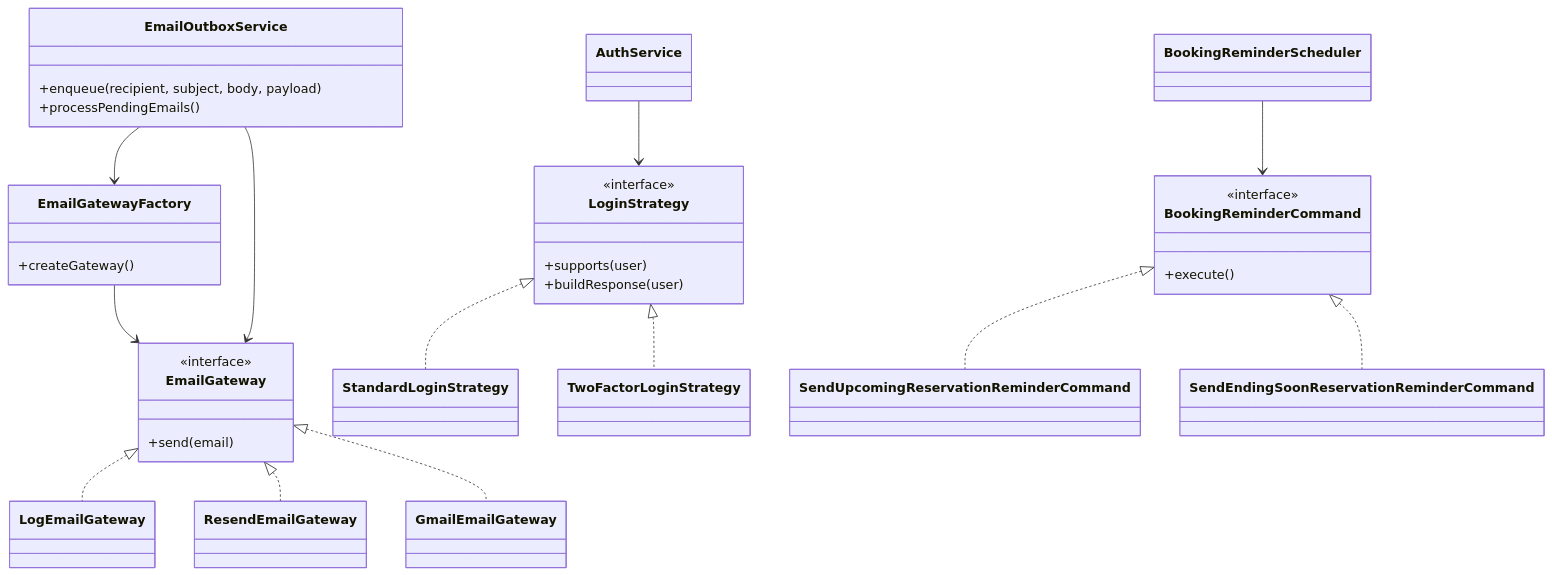
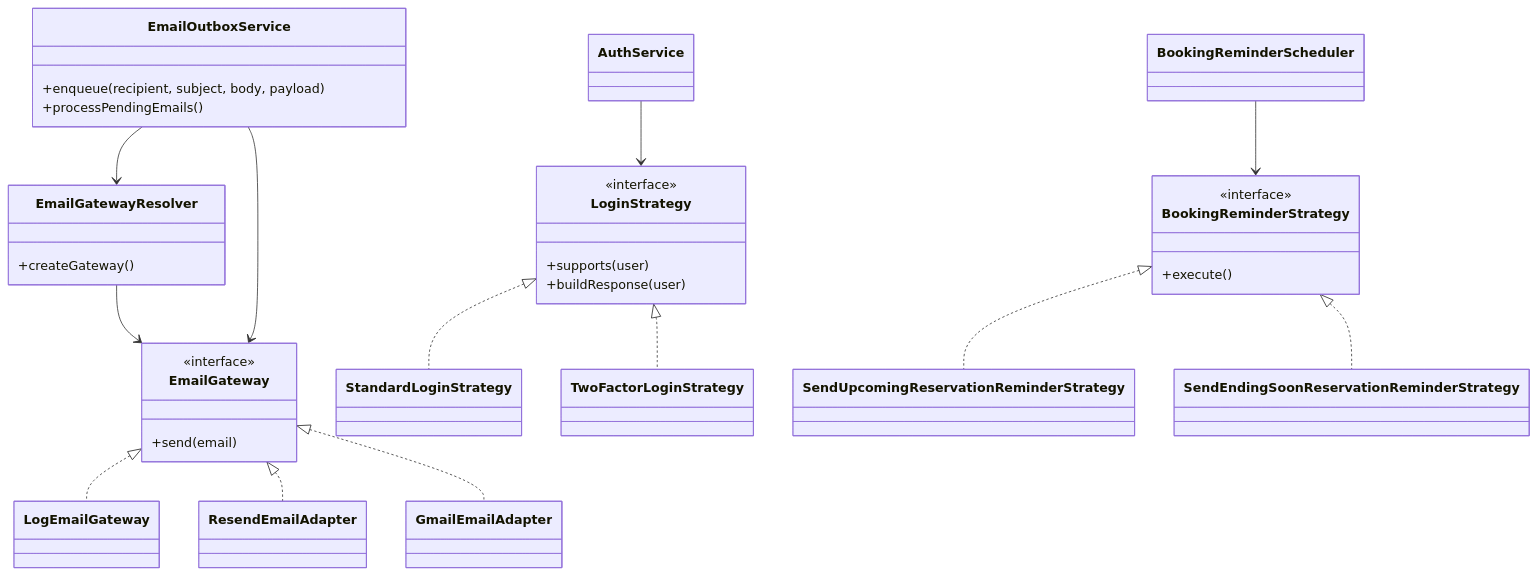
The seventh of 16 diagrams in docs/trabajo/arquitectura-diseno-software.md (DasBrot0/Luistudio), drawn with Mermaid before and after one commit. The commit also changed other lines of this file and 46 other files, not shown here.

Commit message:
fix: aplicacion de patrones corregida -> strategy, adapter, command, facade

````diff
--- a/docs/trabajo/arquitectura-diseno-software.md
+++ b/docs/trabajo/arquitectura-diseno-software.md
@@ -421,49 +421,49 @@
 ```mermaid
 classDiagram
     class EmailGateway {
         <<interface>>
         +send(email)
     }
     class LogEmailGateway
-    class ResendEmailGateway
-    class GmailEmailGateway
-    class EmailGatewayFactory {
+    class ResendEmailAdapter
+    class GmailEmailAdapter
+    class EmailGatewayResolver {
         +createGateway()
     }
     class EmailOutboxService {
         +enqueue(recipient, subject, body, payload)
         +processPendingEmails()
     }
 
     EmailGateway <|.. LogEmailGateway
-    EmailGateway <|.. ResendEmailGateway
-    EmailGateway <|.. GmailEmailGateway
-    EmailGatewayFactory --> EmailGateway
-    EmailOutboxService --> EmailGatewayFactory
+    EmailGateway <|.. ResendEmailAdapter
+    EmailGateway <|.. GmailEmailAdapter
+    EmailGatewayResolver --> EmailGateway
+    EmailOutboxService --> EmailGatewayResolver
     EmailOutboxService --> EmailGateway
 
     class LoginStrategy {
         <<interface>>
         +supports(user)
         +buildResponse(user)
     }
     class StandardLoginStrategy
     class TwoFactorLoginStrategy
     class AuthService
 
     LoginStrategy <|.. StandardLoginStrategy
     LoginStrategy <|.. TwoFactorLoginStrategy
     AuthService --> LoginStrategy
 
-    class BookingReminderCommand {
+    class BookingReminderStrategy {
         <<interface>>
         +execute()
     }
-    class SendUpcomingReservationReminderCommand
-    class SendEndingSoonReservationReminderCommand
+    class SendUpcomingReservationReminderStrategy
+    class SendEndingSoonReservationReminderStrategy
     class BookingReminderScheduler
 
-    BookingReminderCommand <|.. SendUpcomingReservationReminderCommand
-    BookingReminderCommand <|.. SendEndingSoonReservationReminderCommand
-    BookingReminderScheduler --> BookingReminderCommand
+    BookingReminderStrategy <|.. SendUpcomingReservationReminderStrategy
+    BookingReminderStrategy <|.. SendEndingSoonReservationReminderStrategy
+    BookingReminderScheduler --> BookingReminderStrategy
 ```
````
